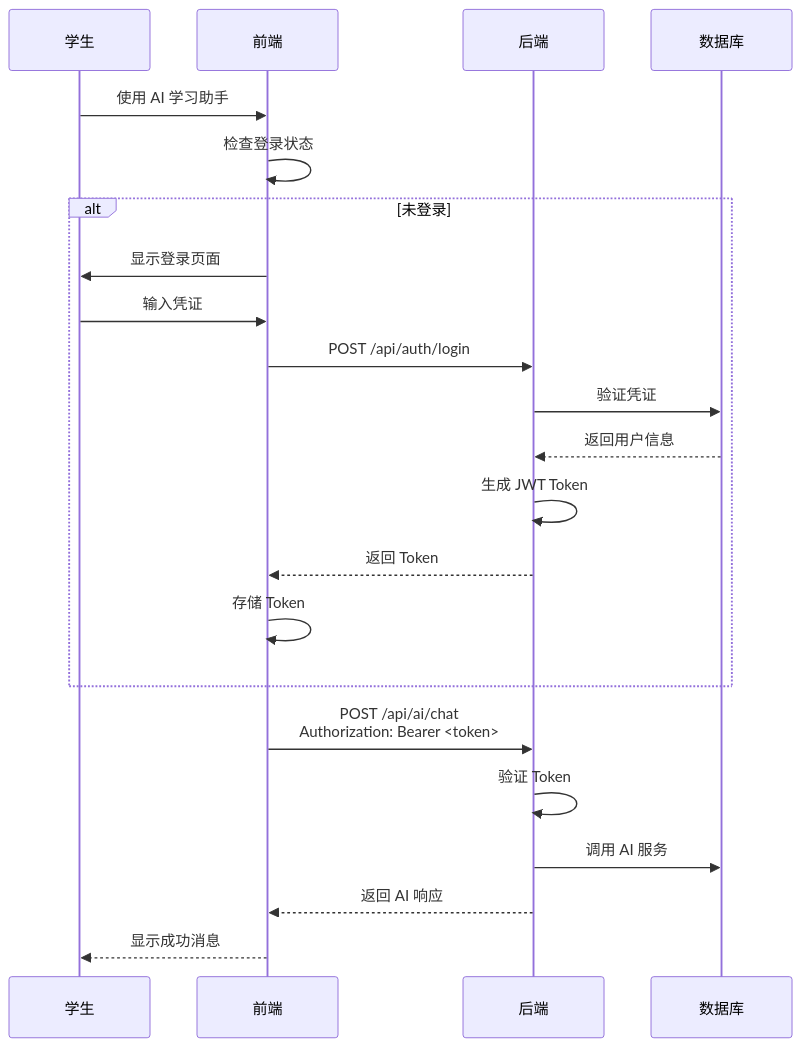
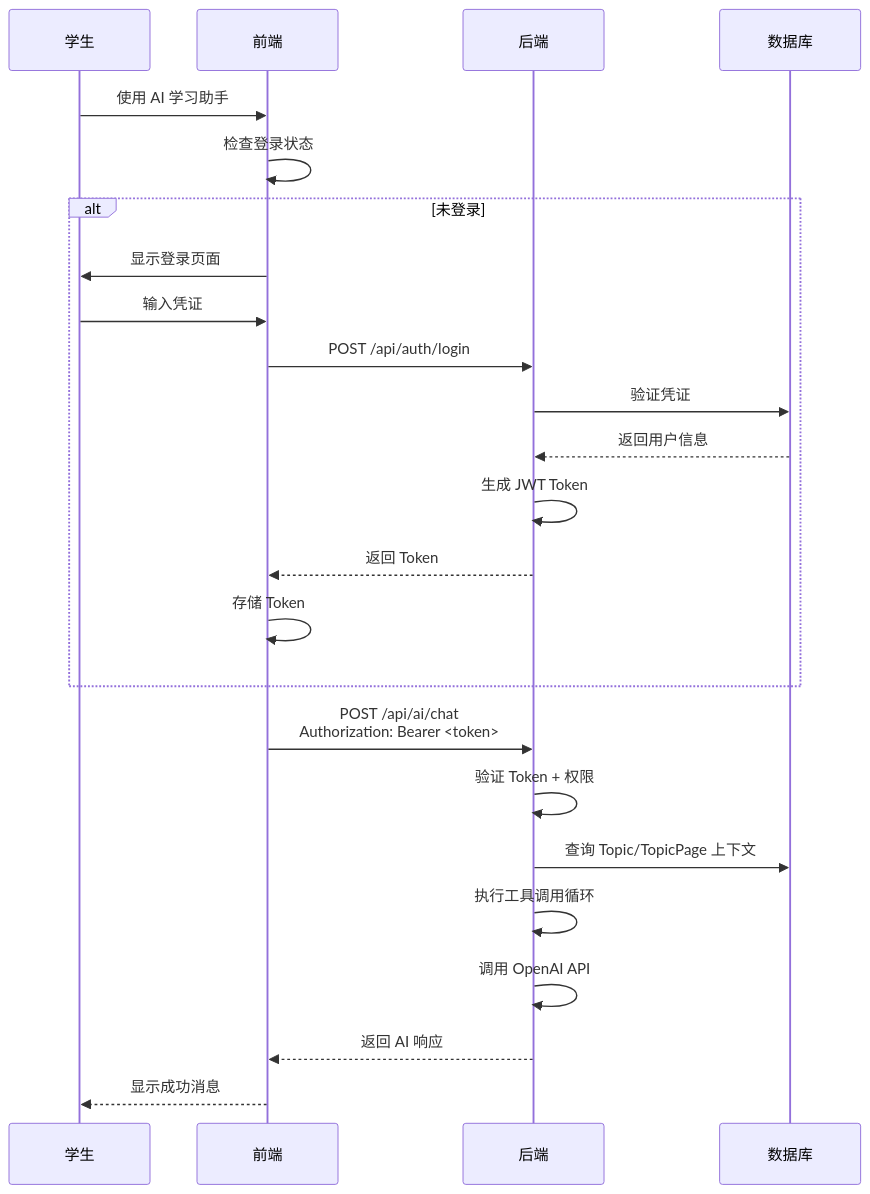
One commit to a48zhang/web-learn changed the third of 3 diagrams in docs/spec/architecture.md. Above: the diagram before and after it, drawn with Mermaid. The commit also changed other lines of this file and 21 other files, not shown here.

````diff
--- a/docs/spec/architecture.md
+++ b/docs/spec/architecture.md
@@ -137,25 +139,27 @@
 ```mermaid
 sequenceDiagram
     participant 学生
     participant 前端
     participant 后端
     participant 数据库
 
     学生->>前端: 使用 AI 学习助手
     前端->>前端: 检查登录状态
     alt 未登录
         前端->>学生: 显示登录页面
         学生->>前端: 输入凭证
         前端->>后端: POST /api/auth/login
         后端->>数据库: 验证凭证
         数据库-->>后端: 返回用户信息
         后端->>后端: 生成 JWT Token
         后端-->>前端: 返回 Token
         前端->>前端: 存储 Token
     end
     前端->>后端: POST /api/ai/chat<br/>Authorization: Bearer <token>
-    后端->>后端: 验证 Token
-    后端->>数据库: 调用 AI 服务
+    后端->>后端: 验证 Token + 权限
+    后端->>数据库: 查询 Topic/TopicPage 上下文
+    后端->>后端: 执行工具调用循环
+    后端->>后端: 调用 OpenAI API
     后端-->>前端: 返回 AI 响应
     前端-->>学生: 显示成功消息
 ```
````
